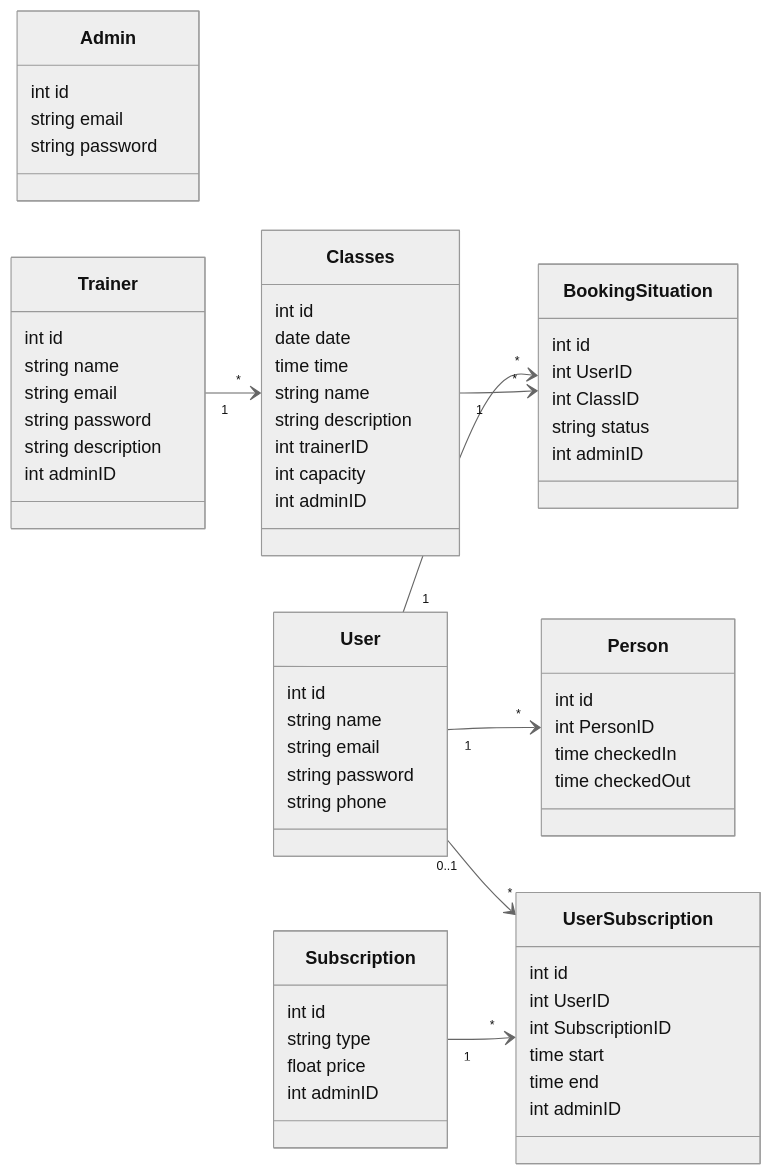
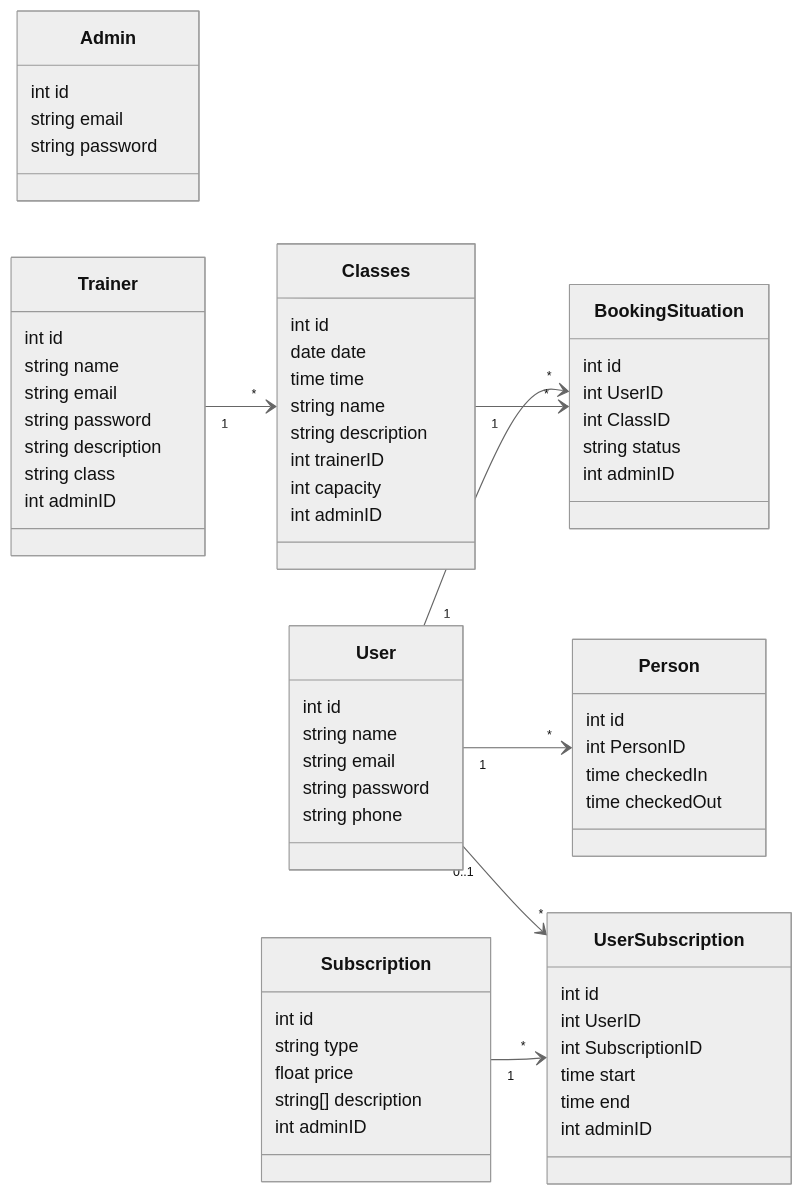
One commit to stefan-37/proiect-web changed the diagram in README.md. Above: the diagram before and after it, drawn with Mermaid (neutral theme). The commit also changed other lines of this file and 17 other files, not shown here.

````diff
--- a/README.md
+++ b/README.md
@@ -48,69 +48,71 @@
 ```mermaid
 classDiagram
     direction LR
 
     class Admin {
         int id
         string email
         string password
     }
     class User {
         int id
         string name
         string email
         string password
         string phone
     }
     class Subscription {
         int id
         string type
         float price
+        string[] description
         int adminID
     }
     class UserSubscription {
         int id
         int UserID
         int SubscriptionID
         time start
         time end
         int adminID
     }
     class Trainer {
         int id
         string name
         string email
         string password
         string description
+        string class
         int adminID
     }
     class Classes {
         int id
         date date
         time time
         string name
         string description
         int trainerID
         int capacity
         int adminID
     }
     class BookingSituation {
         int id
         int UserID
         int ClassID
         string status
         int adminID
     }
     class Person {
         int id
         int PersonID
         time checkedIn
         time checkedOut
     }
 
     User "1" --> "*" Person
     User "0..1" --> "*" UserSubscription
     Subscription "1" --> "*" UserSubscription
     Trainer "1" --> "*" Classes
     User "1" --> "*" BookingSituation
     Classes "1" --> "*" BookingSituation
 ```
````
